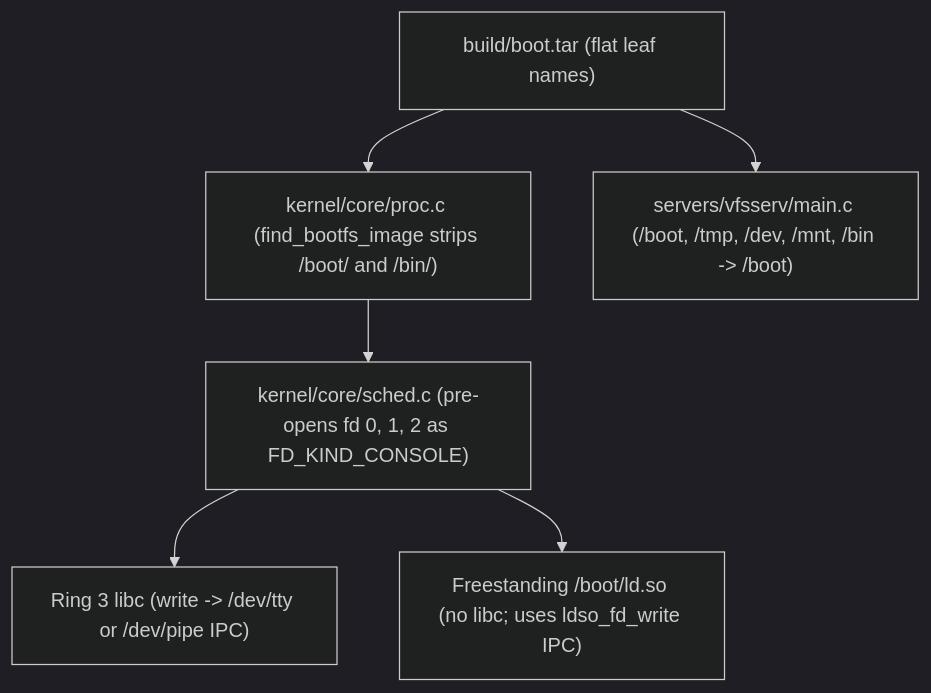
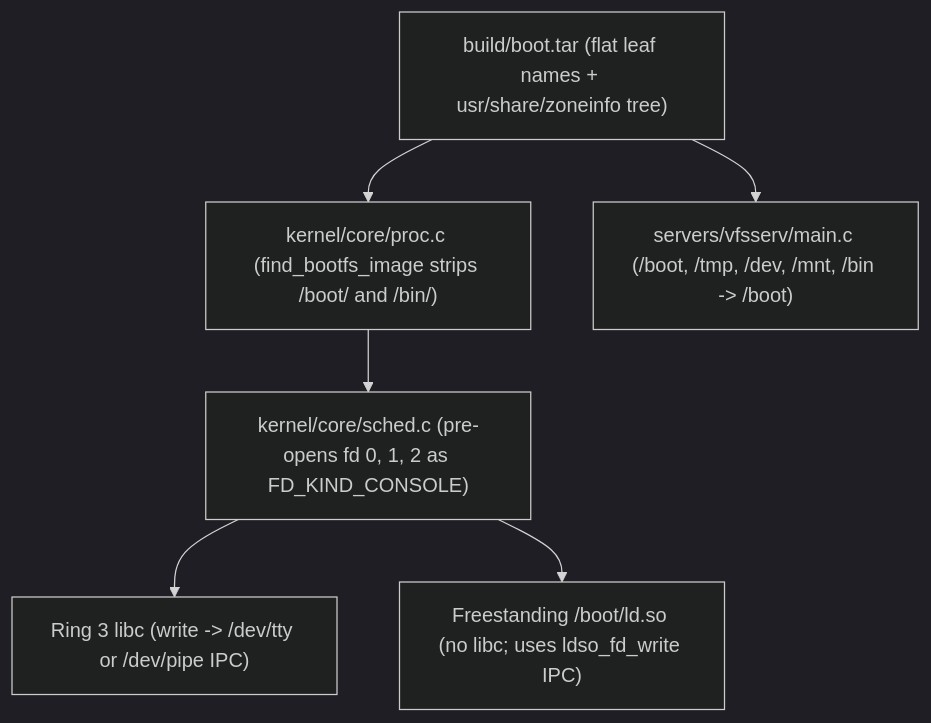
One commit to Deniz-Eren/microkernel changed the diagram in docs/00-overview/codebase-map.md. Above: the diagram before and after it, drawn with Mermaid (dark theme). The commit also changed other lines of this file and 2 other files, not shown here.

````diff
--- a/docs/00-overview/codebase-map.md
+++ b/docs/00-overview/codebase-map.md
@@ -43,15 +44,15 @@
 ```mermaid
 flowchart TD
-    TAR["build/boot.tar (flat leaf names)"]
+    TAR["build/boot.tar (flat leaf names + usr/share/zoneinfo tree)"]
     KEXEC["kernel/core/proc.c (find_bootfs_image strips /boot/ and /bin/)"]
     VFS["servers/vfsserv/main.c (/boot, /tmp, /dev, /mnt, /bin -> /boot)"]
     SCHED["kernel/core/sched.c (pre-opens fd 0, 1, 2 as FD_KIND_CONSOLE)"]
     LIBC["Ring 3 libc (write -> /dev/tty or /dev/pipe IPC)"]
     LDSO["Freestanding /boot/ld.so (no libc; uses ldso_fd_write IPC)"]
 
     TAR --> KEXEC
     TAR --> VFS
     KEXEC --> SCHED
     SCHED --> LIBC
     SCHED --> LDSO
 ```
````
